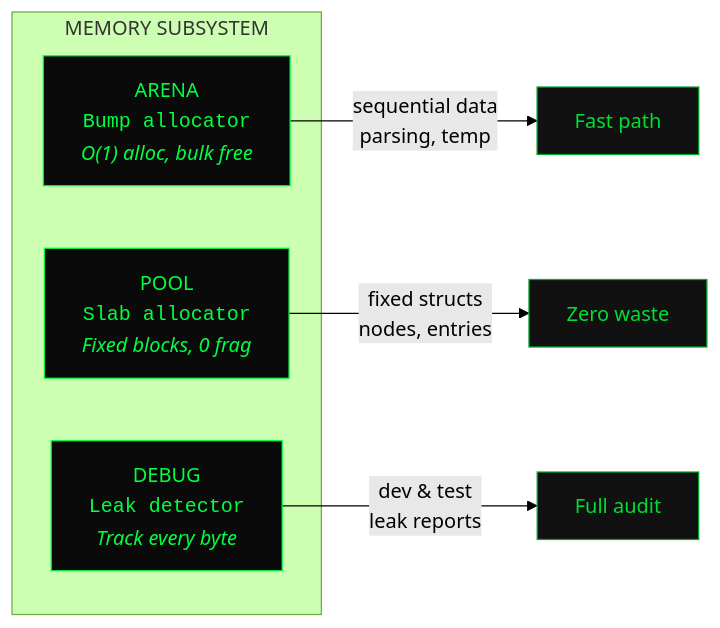
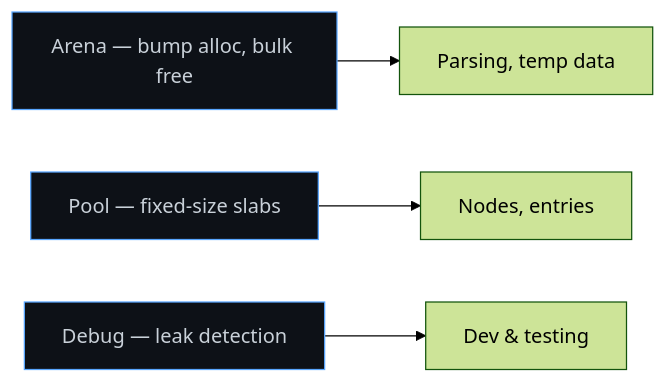
One commit to 0x11semprez/ein-sof changed the second of 3 diagrams in README.md. Above: the diagram before and after it, drawn with Mermaid (forest theme). The commit also changed other lines of this file, not shown here.

````diff
--- a/README.md
+++ b/README.md
@@ -724,15 +408,8 @@
 ```mermaid
 graph LR
-    subgraph "MEMORY SUBSYSTEM"
-        A["ARENA<br/><code>Bump allocator</code><br/><i>O(1) alloc, bulk free</i>"]:::mem
-        B["POOL<br/><code>Slab allocator</code><br/><i>Fixed blocks, 0 frag</i>"]:::mem
-        C["DEBUG<br/><code>Leak detector</code><br/><i>Track every byte</i>"]:::mem
-    end
+    A["Arena — bump alloc, bulk free"]:::m --> D["Parsing, temp data"]
+    B["Pool — fixed-size slabs"]:::m --> E["Nodes, entries"]
+    C["Debug — leak detection"]:::m --> F["Dev & testing"]
 
-    A -->|"sequential data<br/>parsing, temp"| D["Fast path"]:::use
-    B -->|"fixed structs<br/>nodes, entries"| E["Zero waste"]:::use
-    C -->|"dev & test<br/>leak reports"| F["Full audit"]:::use
-
-    classDef mem fill:#0a0a0a,stroke:#00ff41,color:#00ff41
-    classDef use fill:#111111,stroke:#00aa2a,color:#00dd33
+    classDef m fill:#0d1117,stroke:#58a6ff,color:#c9d1d9
 ```
````
